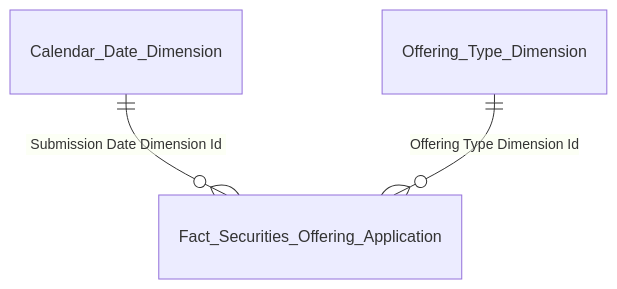
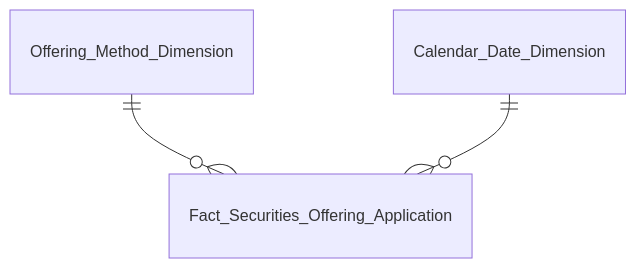
Before and after one commit to linhlvit/ubck_atomic_design: the fifth of 5 diagrams in Datamart/hld/DTM_QLCB_Entities.md, drawn with Mermaid. The commit also changed other lines of this file and 17 other files, not shown here.

````diff
--- a/Datamart/hld/DTM_QLCB_Entities.md
+++ b/Datamart/hld/DTM_QLCB_Entities.md
@@ -45,5 +91,5 @@
 ```mermaid
 erDiagram
-    Calendar_Date_Dimension ||--o{ Fact_Securities_Offering_Application : "Submission Date Dimension Id"
-    Offering_Type_Dimension ||--o{ Fact_Securities_Offering_Application : "Offering Type Dimension Id"
+    Offering_Method_Dimension ||--o{ Fact_Securities_Offering_Application : " "
+    Calendar_Date_Dimension ||--o{ Fact_Securities_Offering_Application : " "
 ```
````
